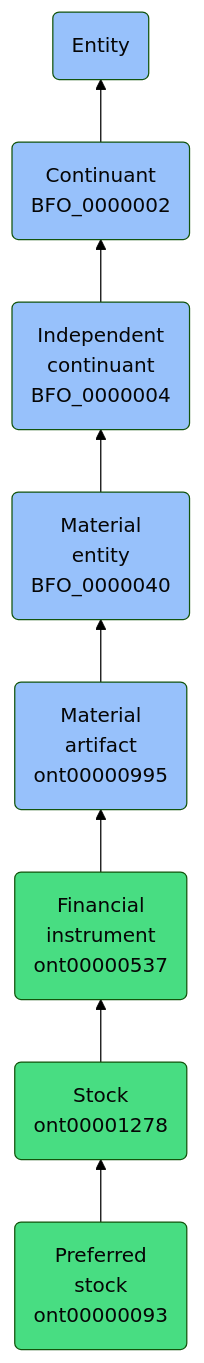
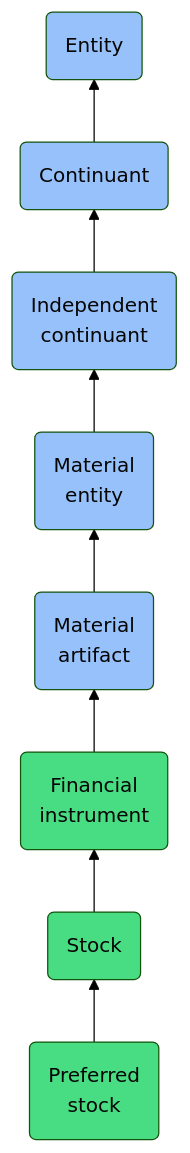
The diagram in docs/ontology/reference/model/Entity/Continuant/Independent continuant/Material entity/Material artifact/Financial instrument/Stock/Preferred stock/Preferred stock.md (jupyter-naas/abi), drawn with Mermaid (forest theme) before and after one commit. The commit also changed other lines of this file and 1430 other files, not shown here.

````diff
--- a/docs/ontology/reference/model/Entity/Continuant/Independent continuant/Material entity/Material artifact/Financial instrument/Stock/Preferred stock/Preferred stock.md
+++ b/docs/ontology/reference/model/Entity/Continuant/Independent continuant/Material entity/Material artifact/Financial instrument/Stock/Preferred stock/Preferred stock.md
@@ -24,15 +24,15 @@
 ```mermaid
 graph BT
-    ont00000093(Preferred<br>stock<br>ont00000093):::ABI-->ont00001278
-    ont00001278(Stock<br>ont00001278):::ABI-->ont00000537
-    ont00000537(Financial<br>instrument<br>ont00000537):::ABI-->ont00000995
-    ont00000995(Material<br>artifact<br>ont00000995):::BFO-->BFO_0000040
-    BFO_0000040(Material<br>entity<br>BFO_0000040):::BFO-->BFO_0000004
-    BFO_0000004(Independent<br>continuant<br>BFO_0000004):::BFO-->BFO_0000002
-    BFO_0000002(Continuant<br>BFO_0000002):::BFO-->BFO_0000001
+    ont00000093(Preferred<br>stock):::ABI-->ont00001278
+    ont00001278(Stock):::ABI-->ont00000537
+    ont00000537(Financial<br>instrument):::ABI-->ont00000995
+    ont00000995(Material<br>artifact):::BFO-->BFO_0000040
+    BFO_0000040(Material<br>entity):::BFO-->BFO_0000004
+    BFO_0000004(Independent<br>continuant):::BFO-->BFO_0000002
+    BFO_0000002(Continuant):::BFO-->BFO_0000001
     BFO_0000001(Entity):::BFO
     
     classDef BFO fill:#97c1fb,color:#060606
     classDef CCO fill:#e4c51e,color:#060606
     classDef ABI fill:#48DD82,color:#060606
 ```
````
